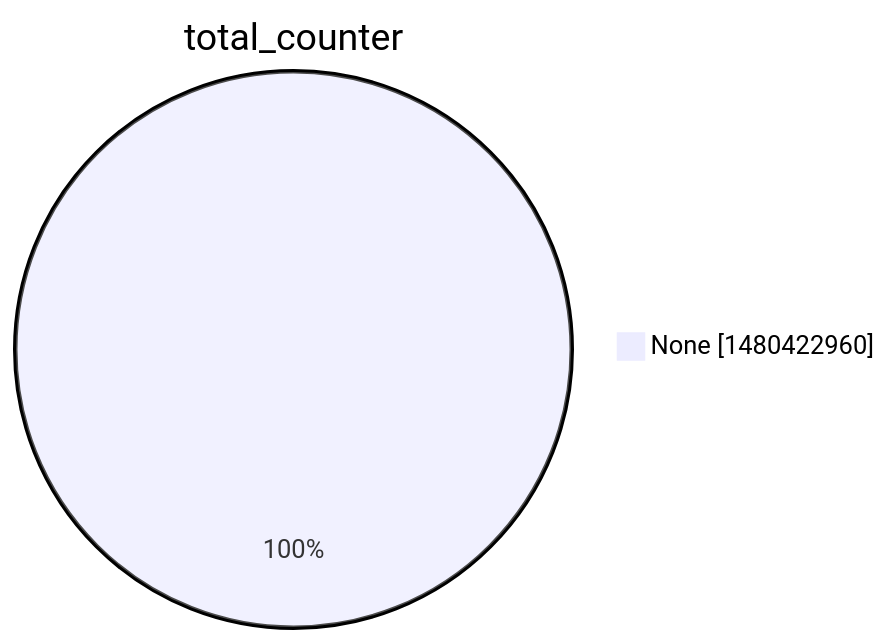
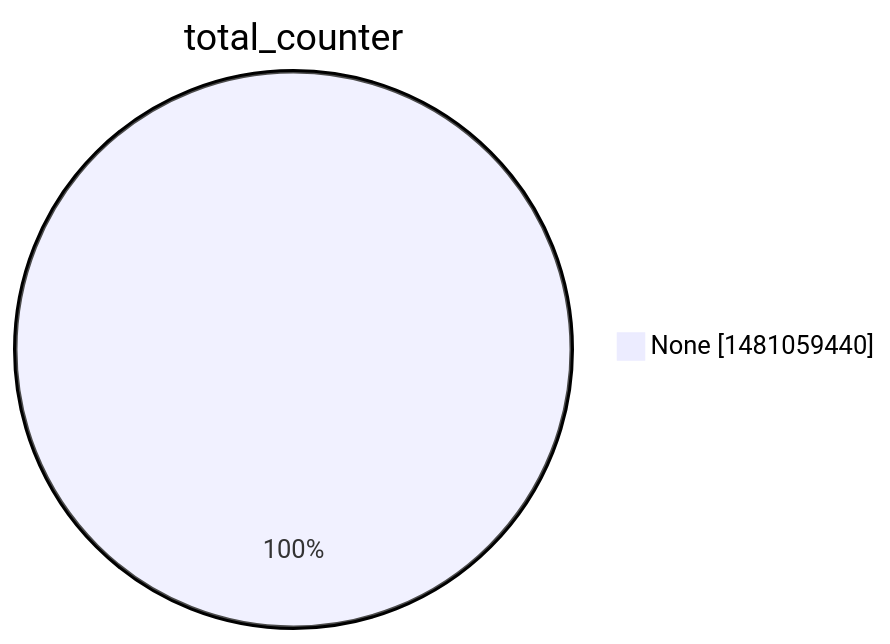
One commit to christiankrug/ctmonitor_visualization changed the second of 15 diagrams in argon2022/README.md. Above: the diagram before and after it, drawn with Mermaid. The commit also changed other lines of this file, not shown here.

````diff
--- a/argon2022/README.md
+++ b/argon2022/README.md
@@ -9,5 +9,5 @@
 ```mermaid
 pie showData
 title total_counter
-"None" :1480422960
+"None" :1481059440
 ```
````
